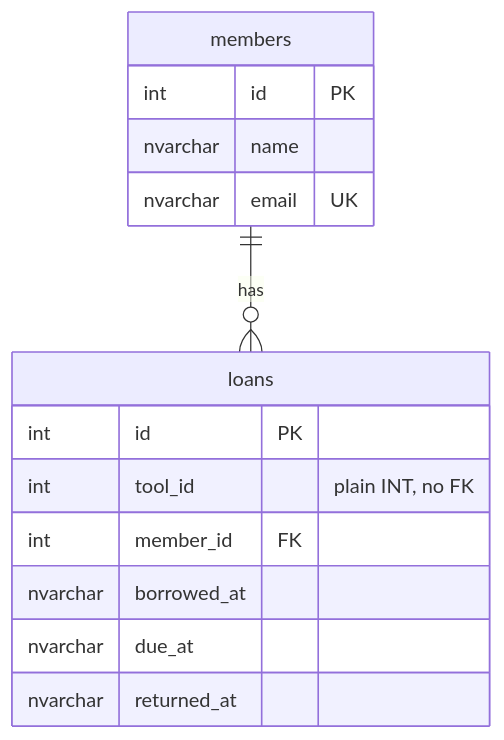
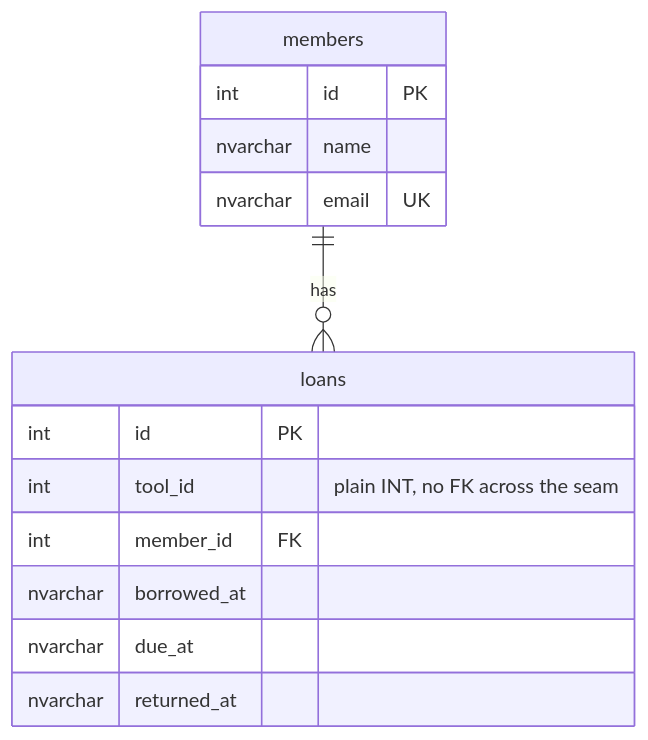
Before and after one commit to velkosska/assignment-2-devops: the fifth of 5 diagrams in REPORT_ASSIGNMENT2.md, drawn with Mermaid. The commit also changed other lines of this file and 2 other files, not shown here.

````diff
--- a/REPORT_ASSIGNMENT2.md
+++ b/REPORT_ASSIGNMENT2.md
@@ -94,17 +146,17 @@
 ```mermaid
 erDiagram
   members {
     int id PK
     nvarchar name
     nvarchar email UK
   }
   loans {
     int id PK
-    int tool_id "plain INT, no FK"
+    int tool_id "plain INT, no FK across the seam"
     int member_id FK
     nvarchar borrowed_at
     nvarchar due_at
     nvarchar returned_at
   }
   members ||--o{ loans : has
 ```
````
